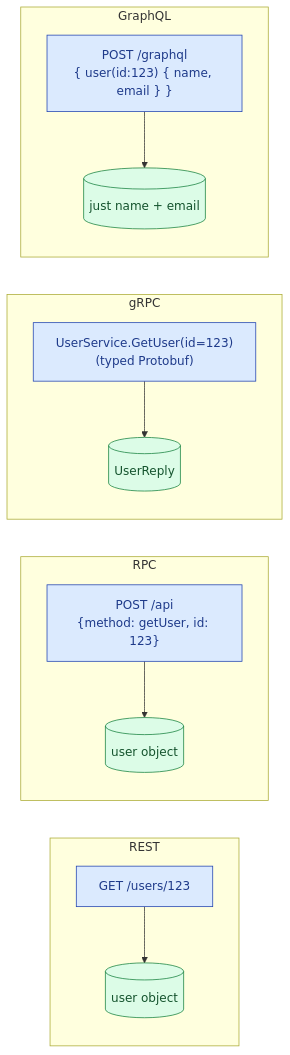
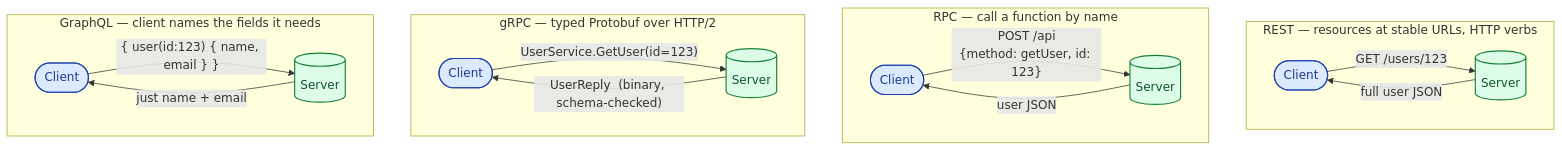
One commit to shiningflash/shiningflash.github.io changed the diagram in _sd_concepts/003-rest-rpc-grpc-graphql.md. Above: the diagram before and after it, drawn with Mermaid. The commit also changed 5 other files, not shown here.

First line of the commit message:
Improve mermaid diagrams across the six live concept pages

````diff
--- a/_sd_concepts/003-rest-rpc-grpc-graphql.md
+++ b/_sd_concepts/003-rest-rpc-grpc-graphql.md
@@ -23,18 +23,37 @@
 ```mermaid
-flowchart LR
-    subgraph REST["REST"]
-        R1["GET /users/123"]:::r --> R2[("user object")]:::data
-    end
-    subgraph RPC["RPC"]
-        P1["POST /api<br/>{method: getUser, id: 123}"]:::r --> P2[("user object")]:::data
-    end
-    subgraph GRPC["gRPC"]
-        G1["UserService.GetUser(id=123)<br/>(typed Protobuf)"]:::r --> G2[("UserReply")]:::data
-    end
-    subgraph GQL["GraphQL"]
-        Q1["POST /graphql<br/>{ user(id:123) { name, email } }"]:::r --> Q2[("just name + email")]:::data
+flowchart TB
+    subgraph REST["REST — resources at stable URLs, HTTP verbs"]
+        direction LR
+        RC(["Client"]):::client
+        RS[("Server")]:::server
+        RC -->|"GET /users/123"| RS
+        RS -->|"full user JSON"| RC
     end
 
-    classDef r fill:#dbeafe,stroke:#1e40af,color:#1e3a8a
-    classDef data fill:#dcfce7,stroke:#15803d,color:#14532d
+    subgraph RPC["RPC — call a function by name"]
+        direction LR
+        PC(["Client"]):::client
+        PS[("Server")]:::server
+        PC -->|"POST /api<br/>{method: getUser, id: 123}"| PS
+        PS -->|"user JSON"| PC
+    end
+
+    subgraph GRPC["gRPC — typed Protobuf over HTTP/2"]
+        direction LR
+        GC(["Client"]):::client
+        GS[("Server")]:::server
+        GC -->|"UserService.GetUser(id=123)"| GS
+        GS -->|"UserReply  (binary, schema-checked)"| GC
+    end
+
+    subgraph GQL["GraphQL — client names the fields it needs"]
+        direction LR
+        QC(["Client"]):::client
+        QS[("Server")]:::server
+        QC -->|"{ user(id:123) { name, email } }"| QS
+        QS -->|"just name + email"| QC
+    end
+
+    classDef client fill:#dbeafe,stroke:#1e40af,color:#1e3a8a,stroke-width:1.5px
+    classDef server fill:#dcfce7,stroke:#15803d,color:#14532d,stroke-width:1.5px
 ```
````
